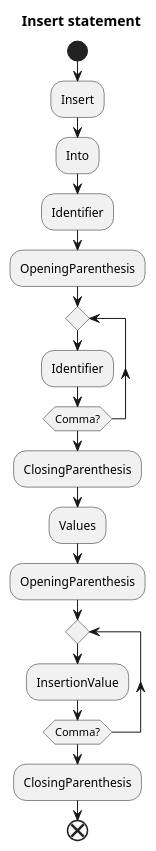
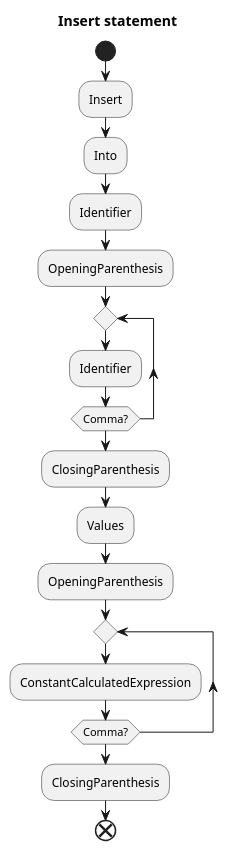
The ninth of 13 diagrams in dbms/query_lang_compiler_notes.md (lichterberci/rust_learning), drawn with PlantUML before and after one commit. The commit also changed other lines of this file and 2 other files, not shown here.

````diff
--- a/dbms/query_lang_compiler_notes.md
+++ b/dbms/query_lang_compiler_notes.md
@@ -261,19 +264,19 @@
 ```plantuml
 title Insert statement
 start
 :Insert;
 :Into;
 :Identifier;
 :OpeningParenthesis;
 repeat
 :Identifier;
 repeat while (Comma?)
 :ClosingParenthesis;
 :Values;
 :OpeningParenthesis;
 repeat
-:InsertionValue;
+:ConstantCalculatedExpression;
 repeat while (Comma?)
 :ClosingParenthesis;
 end
 ```
````
